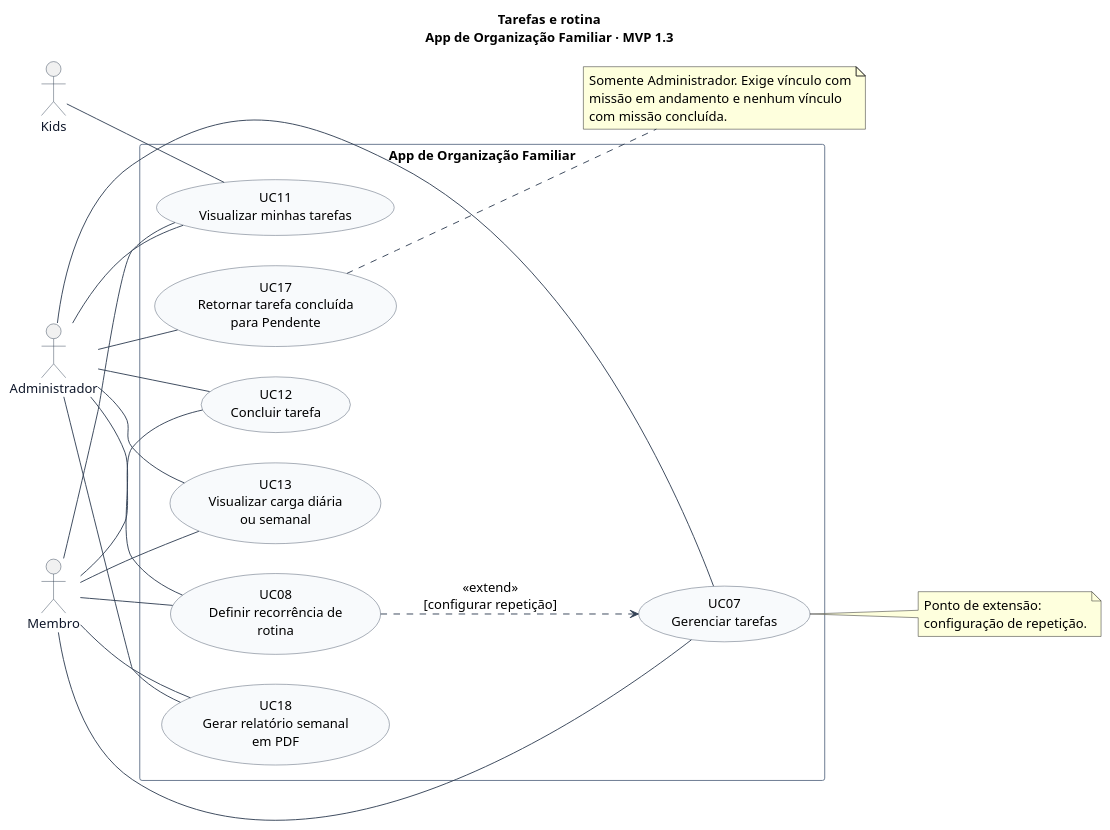
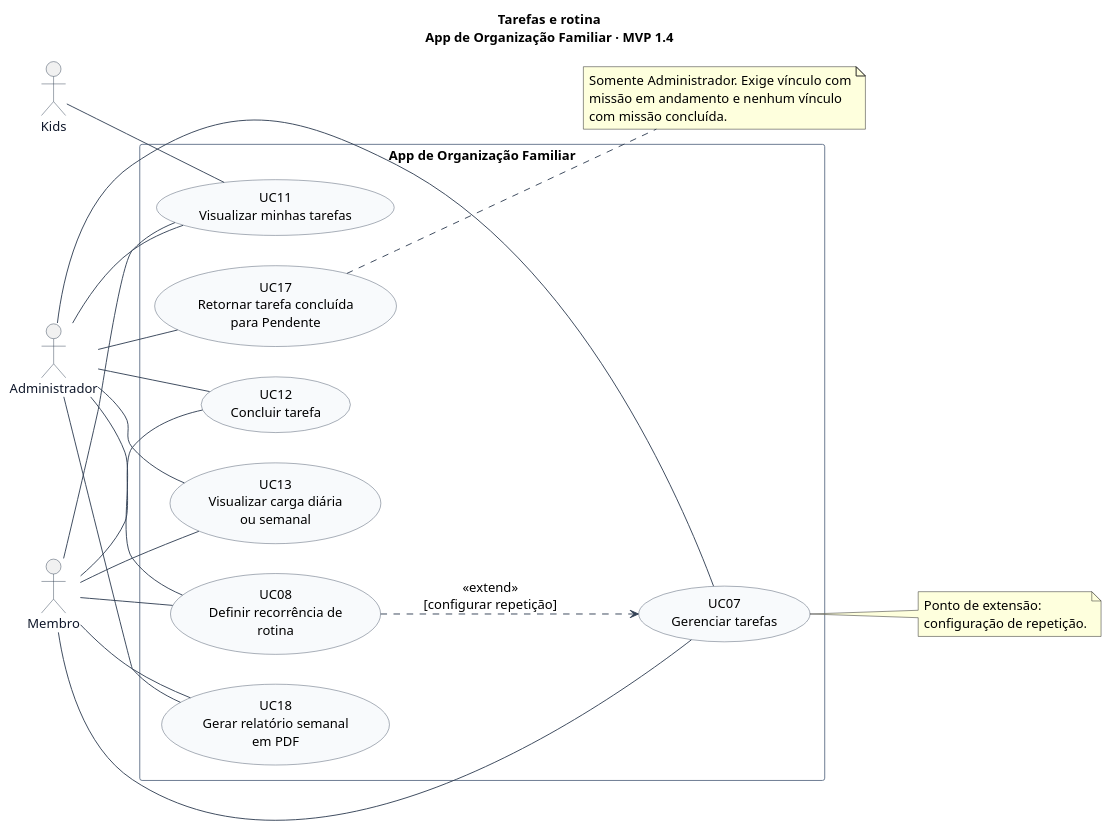
Before and after one commit to lizandramalta/App-Rotina-Familiar: the diagram in docs/diagramas/casos-de-uso/03-tarefas-rotina.puml, drawn with PlantUML. The commit also changed 20 other files, not shown here.

```diff
--- a/docs/diagramas/casos-de-uso/03-tarefas-rotina.puml
+++ b/docs/diagramas/casos-de-uso/03-tarefas-rotina.puml
@@ -1,58 +1,58 @@
 @startuml
 ' Fonte editável. Renderização: java -jar plantuml.jar -charset UTF-8 -tsvg *.puml
 left to right direction
 skinparam shadowing false
 skinparam backgroundColor white
 skinparam defaultFontName SansSerif
 skinparam defaultFontSize 14
 skinparam ArrowColor #334155
 skinparam actorBorderColor #334155
 skinparam actorFontColor #0F172A
 skinparam usecaseBackgroundColor #F8FAFC
 skinparam usecaseBorderColor #475569
 skinparam rectangleBorderColor #64748B
 skinparam packageStyle rectangle
 skinparam nodesep 32
 skinparam ranksep 55
-title Tarefas e rotina\nApp de Organização Familiar · MVP 1.3
+title Tarefas e rotina\nApp de Organização Familiar · MVP 1.4
 
 actor "Administrador" as Admin
 actor "Membro" as Membro
 actor "Kids" as Kids
 
 rectangle "App de Organização Familiar" {
   usecase "UC07\nGerenciar tarefas" as UC07
   usecase "UC08\nDefinir recorrência de\nrotina" as UC08
   usecase "UC11\nVisualizar minhas tarefas" as UC11
   usecase "UC12\nConcluir tarefa" as UC12
   usecase "UC13\nVisualizar carga diária\nou semanal" as UC13
   usecase "UC18\nGerar relatório semanal\nem PDF" as UC18
   usecase "UC17\nRetornar tarefa concluída\npara Pendente" as UC17
 }
 
 Admin -- UC07
 Admin -- UC08
 Admin -- UC11
 Admin -- UC12
 Admin -- UC13
 Admin -- UC18
 Admin -- UC17
 Membro -- UC07
 Membro -- UC08
 Membro -- UC11
 Membro -- UC12
 Membro -- UC13
 Membro -- UC18
 Kids -- UC11
 UC08 ..> UC07 : <<extend>>\n[configurar repetição]
 note right of UC07
   Ponto de extensão:
   configuração de repetição.
 end note
 note right of UC17
   Somente Administrador. Exige vínculo com
   missão em andamento e nenhum vínculo
   com missão concluída.
 end note
 
 @enduml
```
